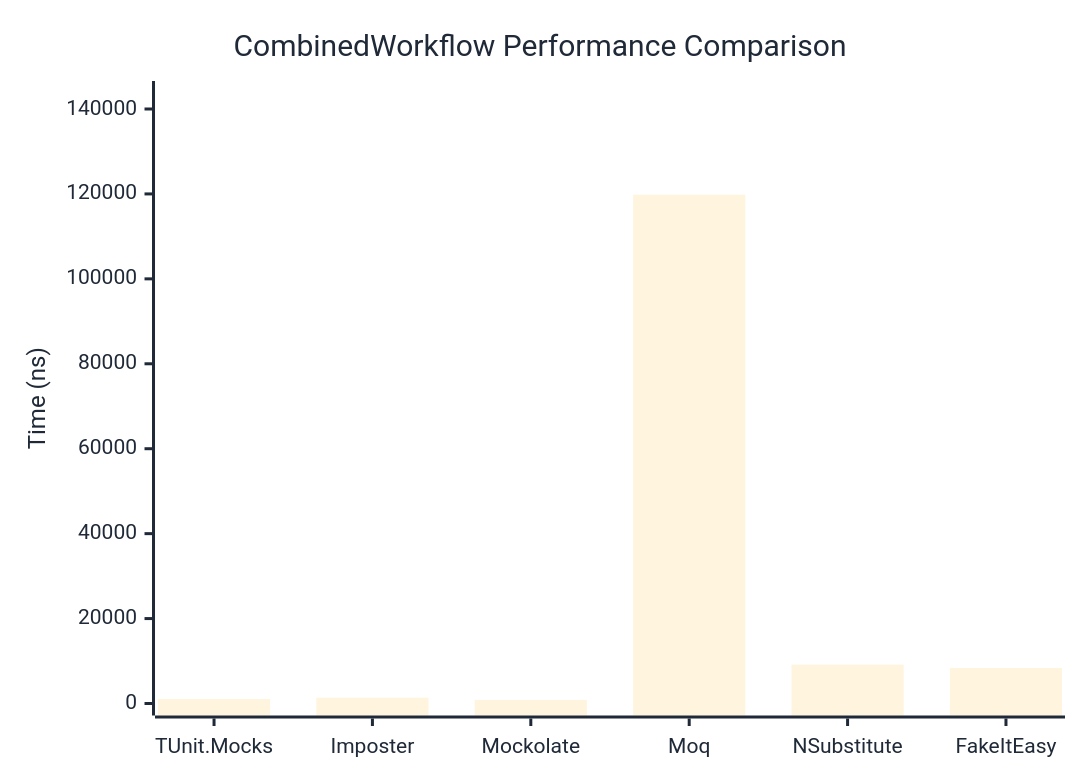
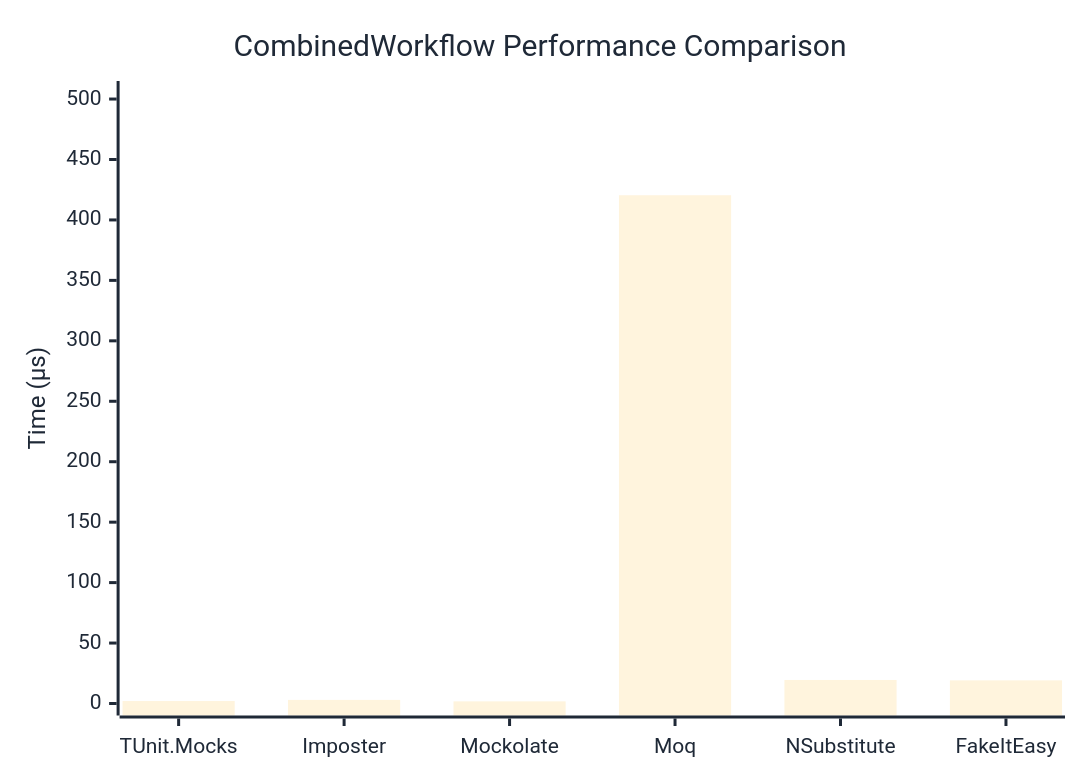
The diagram in docs/docs/benchmarks/mocks/CombinedWorkflow.md (thomhurst/TUnit), drawn with Mermaid before and after one commit. The commit also changed other lines of this file and 14 other files, not shown here.

````diff
--- a/docs/docs/benchmarks/mocks/CombinedWorkflow.md
+++ b/docs/docs/benchmarks/mocks/CombinedWorkflow.md
@@ -30,27 +30,27 @@
 ```mermaid
 %%{init: {
   'theme':'base',
   'themeVariables': {
     'primaryColor': '#2563eb',
     'primaryTextColor': '#1f2937',
     'primaryBorderColor': '#1e40af',
     'lineColor': '#6b7280',
     'secondaryColor': '#7c3aed',
     'tertiaryColor': '#dc2626',
     'background': '#ffffff',
     'pie1': '#2563eb',
     'pie2': '#7c3aed',
     'pie3': '#dc2626',
     'pie4': '#f59e0b',
     'pie5': '#10b981',
     'pie6': '#06b6d4',
     'pie7': '#ec4899',
     'pie8': '#6366f1'
   }
 }}%%
 xychart-beta
   title "CombinedWorkflow Performance Comparison"
   x-axis ["TUnit.Mocks", "Imposter", "Mockolate", "Moq", "NSubstitute", "FakeItEasy"]
-  y-axis "Time (ns)" 0 --> 143767
-  bar [1073.7, 1354.8, 845.4, 119805.6, 9149.2, 8378.2]
+  y-axis "Time (μs)" 0 --> 505
+  bar [2.019, 2.975, 1.764, 420.429, 19.471, 19.149]
 ```
````
